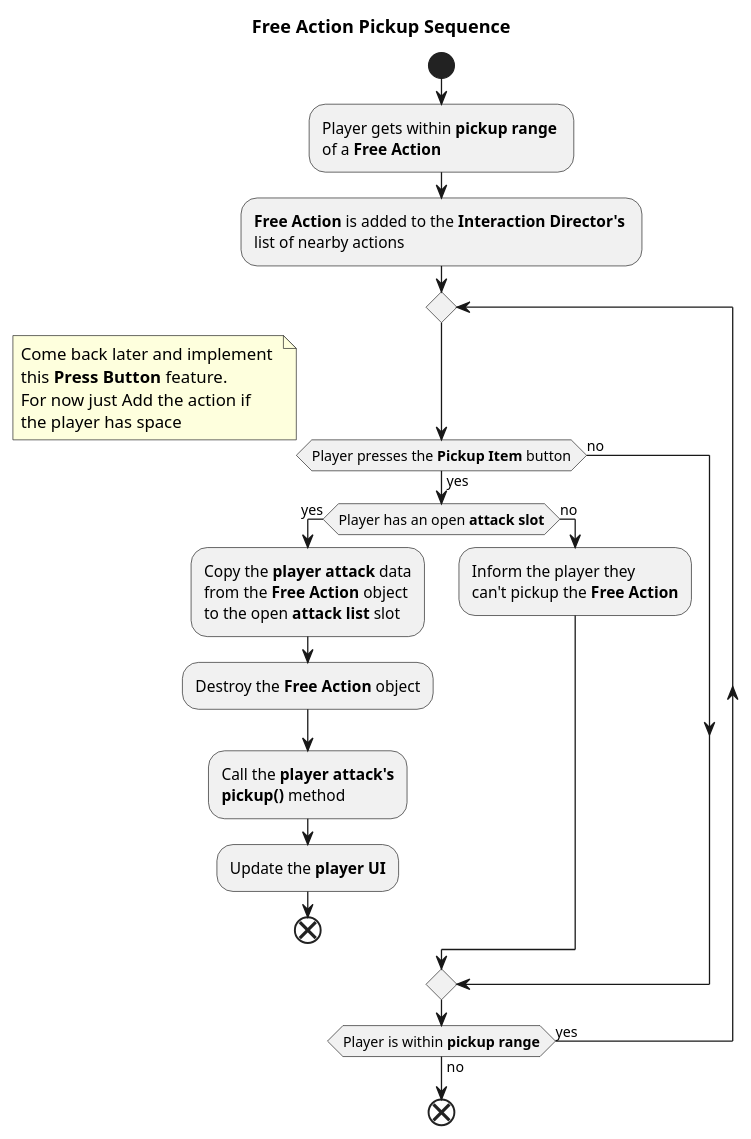
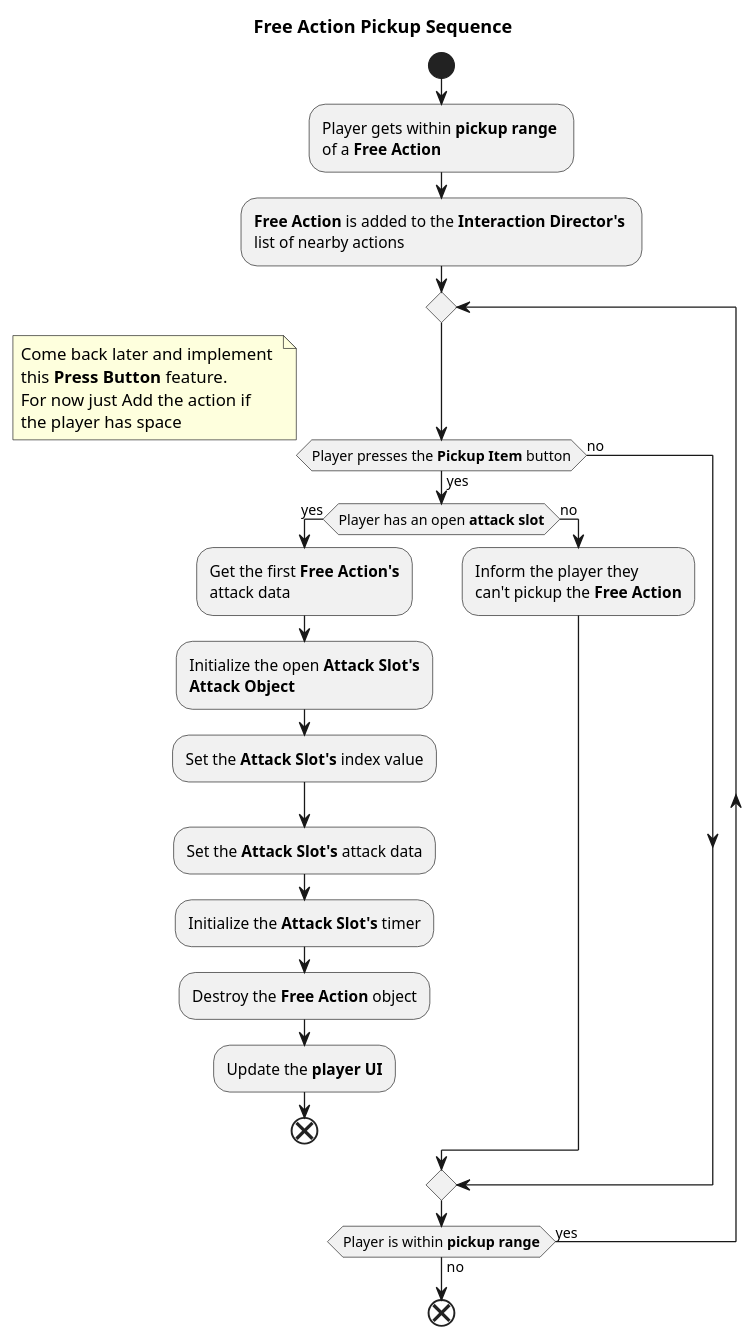
One commit to kjtkanaly/Roguelike-Shoot-Em-Up changed the diagram in UML-Diagrams/src/Free_Action_Pickup_Sequence.puml. Above: the diagram before and after it, drawn with PlantUML. The commit also changed 4 other files, not shown here.

Commit message:
Cleaned up the function calls for picking up new actions. Also added some more uml diagrams to help track whats been added. Updated the max attack count in PlayerAttackDirector to be equal to the number of attackt timers.

```diff
--- a/UML-Diagrams/src/Free_Action_Pickup_Sequence.puml
+++ b/UML-Diagrams/src/Free_Action_Pickup_Sequence.puml
@@ -1,51 +1,56 @@
 @startuml Free_Action_Pickup_Sequence
 title Free Action Pickup Sequence
 
 start
 
 :Player gets within **pickup range** \nof a **Free Action**;
 
 :**Free Action** is added to the **Interaction Director's** \nlist of nearby actions;
 
 repeat
 
     if (Player presses the **Pickup Item** button) then (yes)
 
     note left
         Come back later and implement 
         this **Press Button** feature.
         For now just Add the action if
         the player has space
     end note
 
         if (Player has an open **attack slot**) then (yes)
 
-            :Copy the **player attack** data
-            from the **Free Action** object
-            to the open **attack list** slot;
+            :Get the first **Free Action's** 
+            attack data;
+
+            :Initialize the open **Attack Slot's**
+            **Attack Object**;
+
+            :Set the **Attack Slot's** index value;
+
+            :Set the **Attack Slot's** attack data;
+
+            :Initialize the **Attack Slot's** timer;
 
             :Destroy the **Free Action** object;
-
-            :Call the **player attack's**
-            **pickup()** method;
 
             :Update the **player UI**;
 
             end
 
         else (no)
 
             :Inform the player they 
             can't pickup the **Free Action**;
 
         endif
 
     else (no)
 
     endif
 
 repeat while(Player is within **pickup range**) is (yes) not (no)
 
 end
 
 @enduml
```
